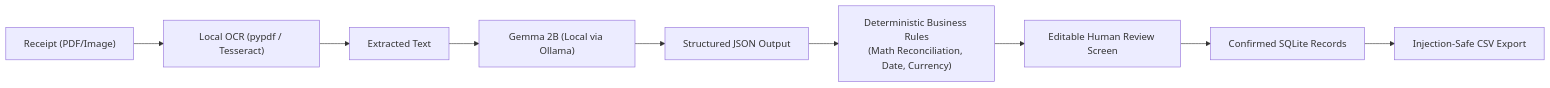
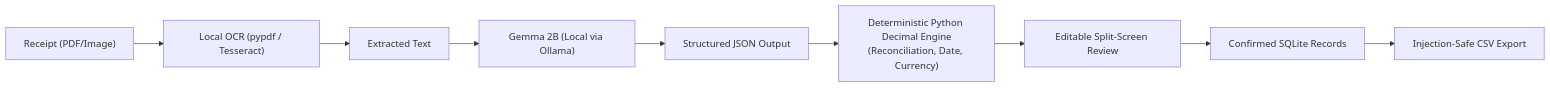
Before and after one commit to tribhu05/pocketledger-ai: the diagram in README.md, drawn with Mermaid. The commit also changed other lines of this file and 14 other files, not shown here.

Commit message:
feat: upgrade Decimal financial engine, expand test corpus, and add judge-ready evidence reports

````diff
--- a/README.md
+++ b/README.md
@@ -142,11 +144,11 @@
 ```mermaid
 flowchart LR
     A["Receipt (PDF/Image)"] --> B["Local OCR (pypdf / Tesseract)"]
     B --> C["Extracted Text"]
     C --> D["Gemma 2B (Local via Ollama)"]
     D --> E["Structured JSON Output"]
-    E --> F["Deterministic Business Rules\n(Math Reconciliation, Date, Currency)"]
-    F --> G["Editable Human Review Screen"]
+    E --> F["Deterministic Python Decimal Engine\n(Reconciliation, Date, Currency)"]
+    F --> G["Editable Split-Screen Review"]
     G --> H["Confirmed SQLite Records"]
     H --> I["Injection-Safe CSV Export"]
 ```
````
